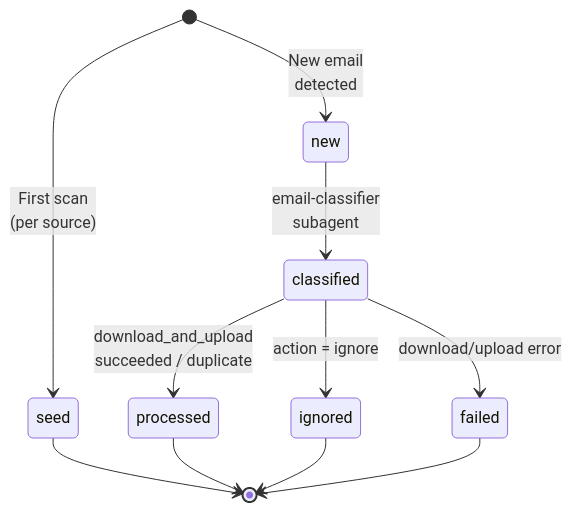
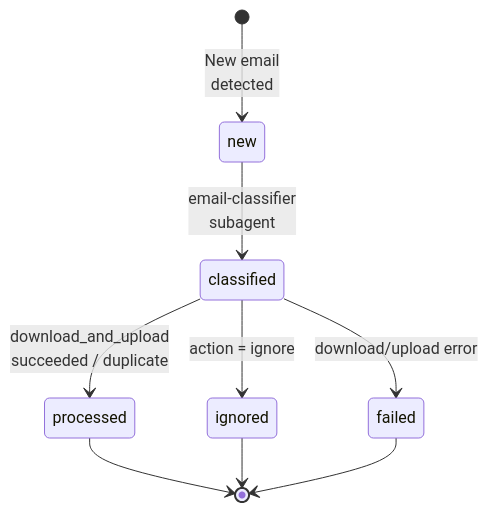
Before and after one commit to mcsdodo/personal-assistant: the fourth of 5 diagrams in docs/uc1-invoice-processing.md, drawn with Mermaid. The commit also changed other lines of this file and 4 other files, not shown here.

````diff
--- a/docs/uc1-invoice-processing.md
+++ b/docs/uc1-invoice-processing.md
@@ -342,16 +358,14 @@
 ```mermaid
 stateDiagram-v2
-    [*] --> seed : First scan<br/>(per source)
     [*] --> new : New email<br/>detected
 
     new --> classified : email-classifier<br/>subagent
 
     classified --> processed : download_and_upload<br/>succeeded / duplicate
     classified --> ignored : action = ignore
     classified --> failed : download/upload error
 
-    seed --> [*]
     processed --> [*]
     ignored --> [*]
     failed --> [*]
 ```
````
